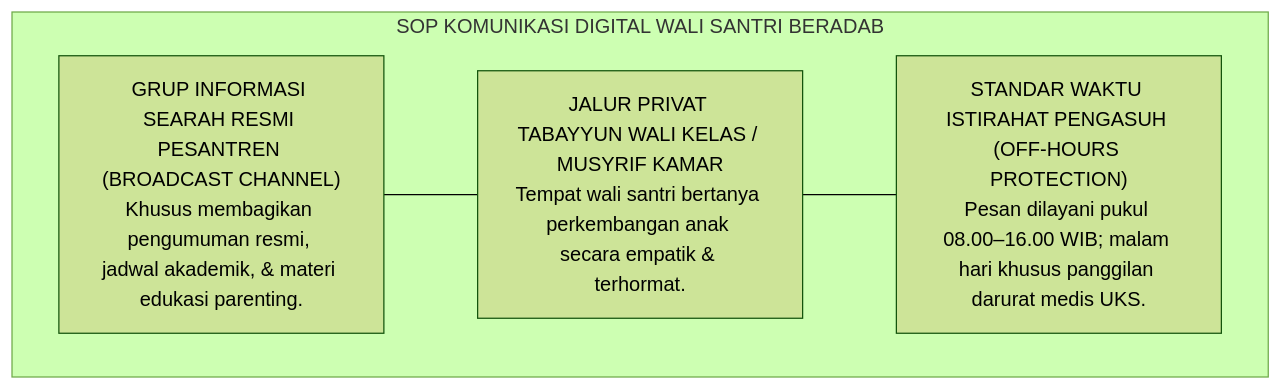
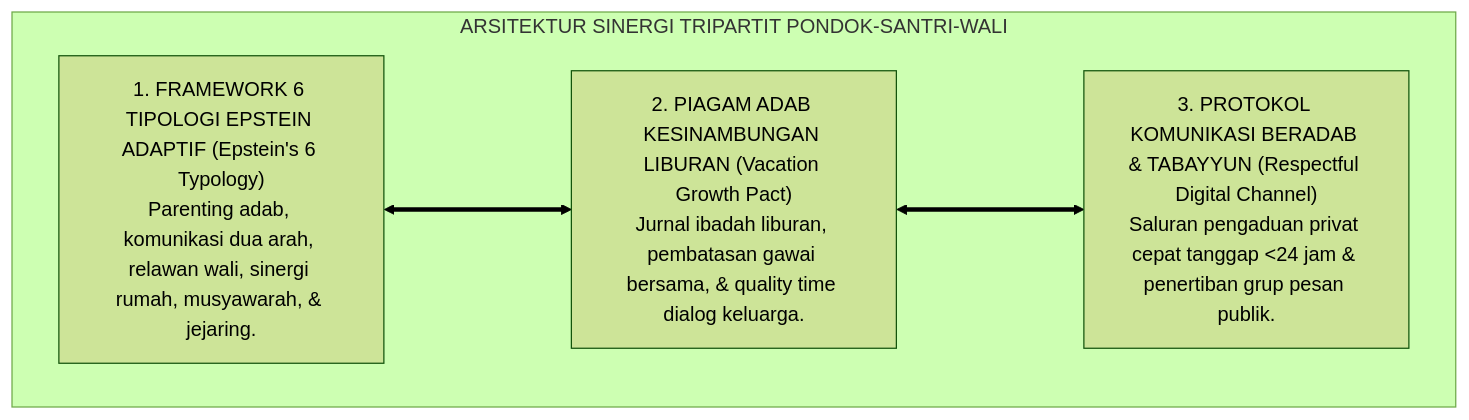
Before and after one commit to wandiapriliyandi/tumbuh: the second of 3 diagrams in 02 Principles/07 Implementation Principles/P2-07-03-Prinsip-Sinergi-Tripartit-Pondok-Santri-Wali.md, drawn with Mermaid (forest theme). The commit also changed other lines of this file and 6 other files, not shown here.

````diff
--- a/02 Principles/07 Implementation Principles/P2-07-03-Prinsip-Sinergi-Tripartit-Pondok-Santri-Wali.md
+++ b/02 Principles/07 Implementation Principles/P2-07-03-Prinsip-Sinergi-Tripartit-Pondok-Santri-Wali.md
@@ -153,12 +122,13 @@
 ```mermaid
 flowchart TD
-    subgraph TataKelolaKomunikasiDigitalTUMBUH["SOP KOMUNIKASI DIGITAL WALI SANTRI BERADAB"]
-        GrupWA["GRUP INFORMASI SEARAH RESMI PESANTREN (BROADCAST CHANNEL)<br/>Khusus membagikan pengumuman resmi, jadwal akademik, & materi edukasi parenting."]
+    subgraph ArsitekturSinergiTripartitTUMBUH["ARSITEKTUR SINERGI TRIPARTIT PONDOK-SANTRI-WALI"]
         
-        JalurPrivat["JALUR PRIVAT TABAYYUN WALI KELAS / MUSYRIF KAMAR<br/>Tempat wali santri bertanya perkembangan anak secara empatik & terhormat."]
+        T1_Sayap["1. FRAMEWORK 6 TIPOLOGI EPSTEIN ADAPTIF (Epstein's 6 Typology)<br/>Parenting adab, komunikasi dua arah, relawan wali, sinergi rumah, musyawarah, & jejaring."]
         
-        AturanWaktu["STANDAR WAKTU ISTIRAHAT PENGASUH (OFF-HOURS PROTECTION)<br/>Pesan dilayani pukul 08.00–16.00 WIB; malam hari khusus panggilan darurat medis UKS."]
+        T2_Sayap["2. PIAGAM ADAB KESINAMBUNGAN LIBURAN (Vacation Growth Pact)<br/>Jurnal ibadah liburan, pembatasan gawai bersama, & quality time dialog keluarga."]
         
-        GrupWA --- JalurPrivat --- AturanWaktu
+        T3_Sayap["3. PROTOKOL KOMUNIKASI BERADAB & TABAYYUN (Respectful Digital Channel)<br/>Saluran pengaduan privat cepat tanggap <24 jam & penertiban grup pesan publik."]
+        
+        T1_Sayap <===> T2_Sayap <===> T3_Sayap
     end
 ```
````
